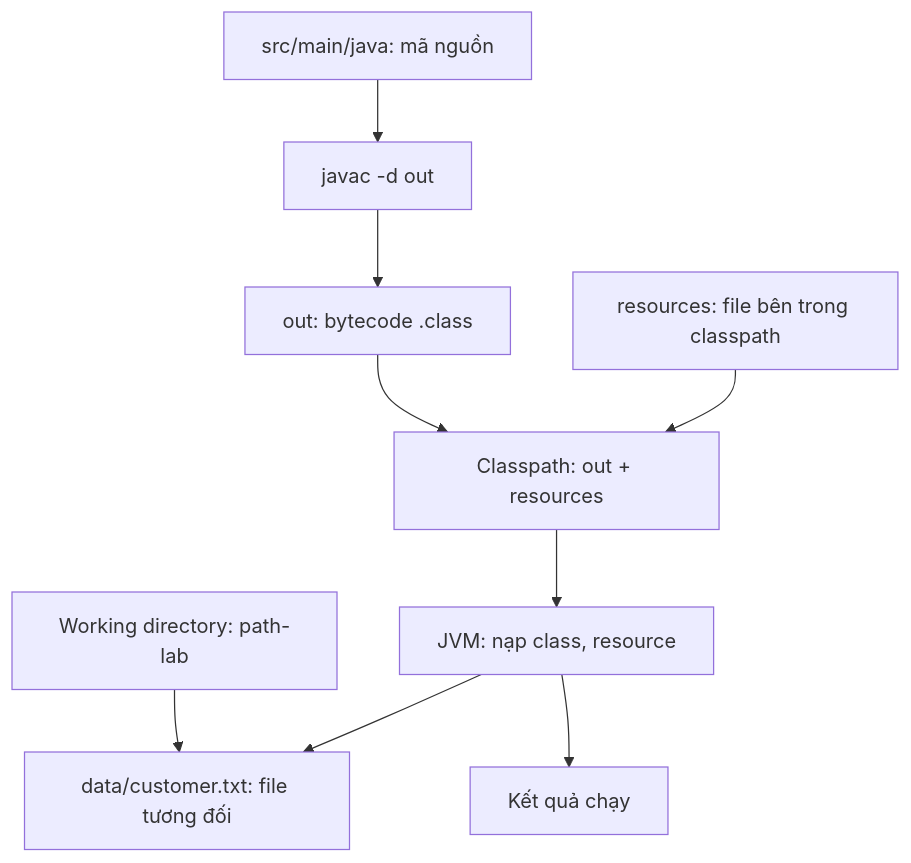
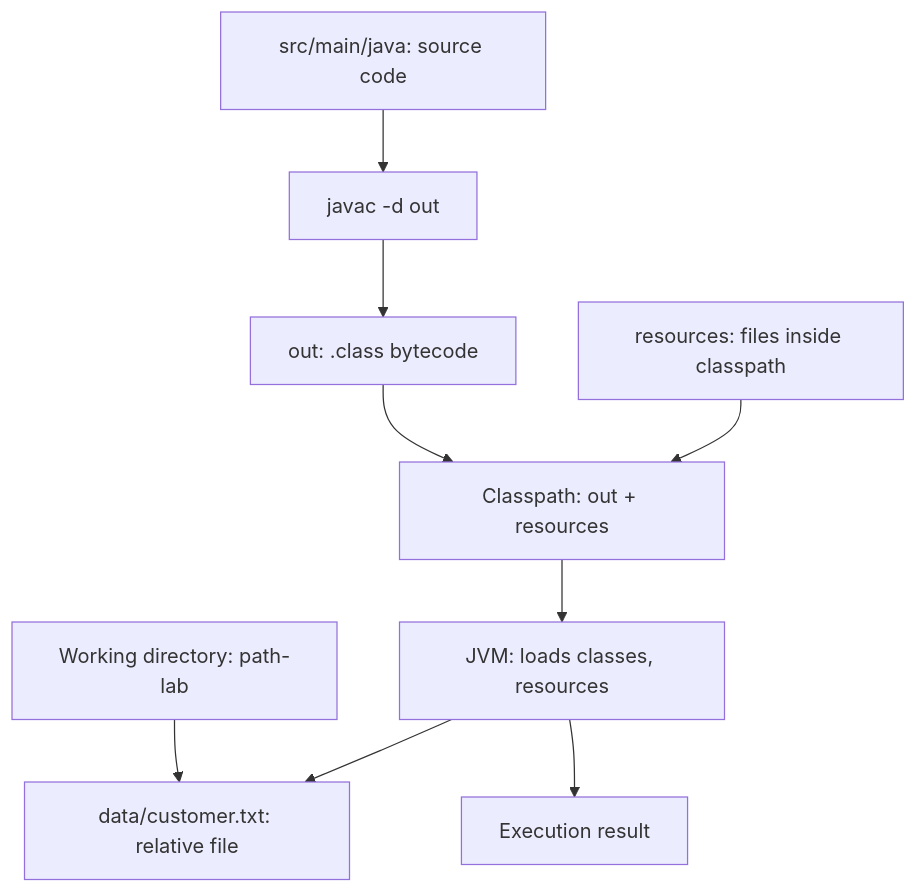
Before and after one commit to phuongnguyenit93/learning-platform-data: the diagram in module/platform/development/programming/language/java/core/language-basics/content/knowledge/en/2.tools-and-execution/tools-and-execution-004.md, drawn with Mermaid. The commit also changed other lines of this file and 2307 other files, not shown here.

```diff
--- a/module/platform/development/programming/language/java/core/language-basics/content/knowledge/en/2.tools-and-execution/tools-and-execution-004.md
+++ b/module/platform/development/programming/language/java/core/language-basics/content/knowledge/en/2.tools-and-execution/tools-and-execution-004.md
@@ -19,11 +19,11 @@
 ~~~mermaid
 flowchart TD
-    A["src/main/java: mã nguồn"] --> B["javac -d out"]
-    B --> C["out: bytecode .class"]
+    A["src/main/java: source code"] --> B["javac -d out"]
+    B --> C["out: .class bytecode"]
     C --> D["Classpath: out + resources"]
-    R["resources: file bên trong classpath"] --> D
-    D --> J["JVM: nạp class, resource"]
-    W["Working directory: path-lab"] --> F["data/customer.txt: file tương đối"]
+    R["resources: files inside classpath"] --> D
+    D --> J["JVM: loads classes, resources"]
+    W["Working directory: path-lab"] --> F["data/customer.txt: relative file"]
     J --> F
-    J --> O["Kết quả chạy"]
+    J --> O["Execution result"]
 ~~~
```
